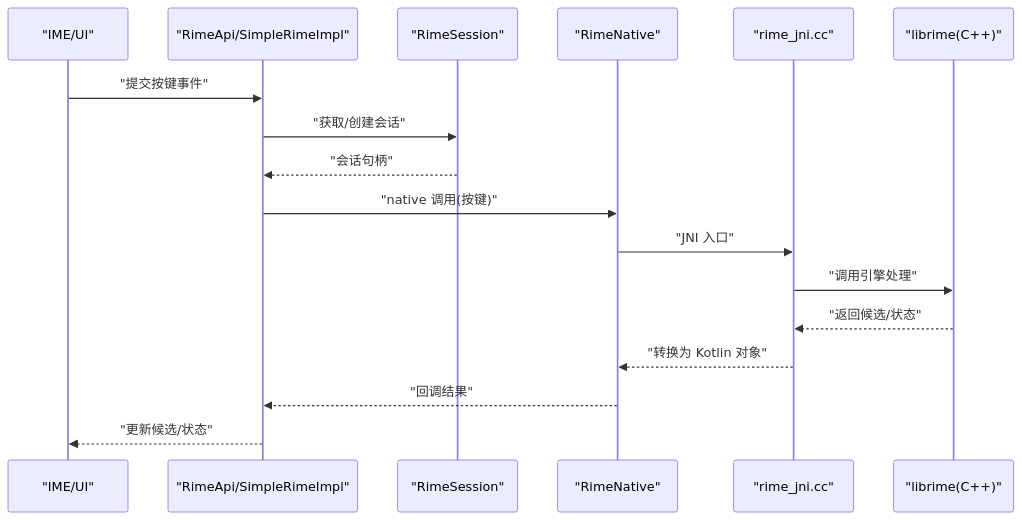
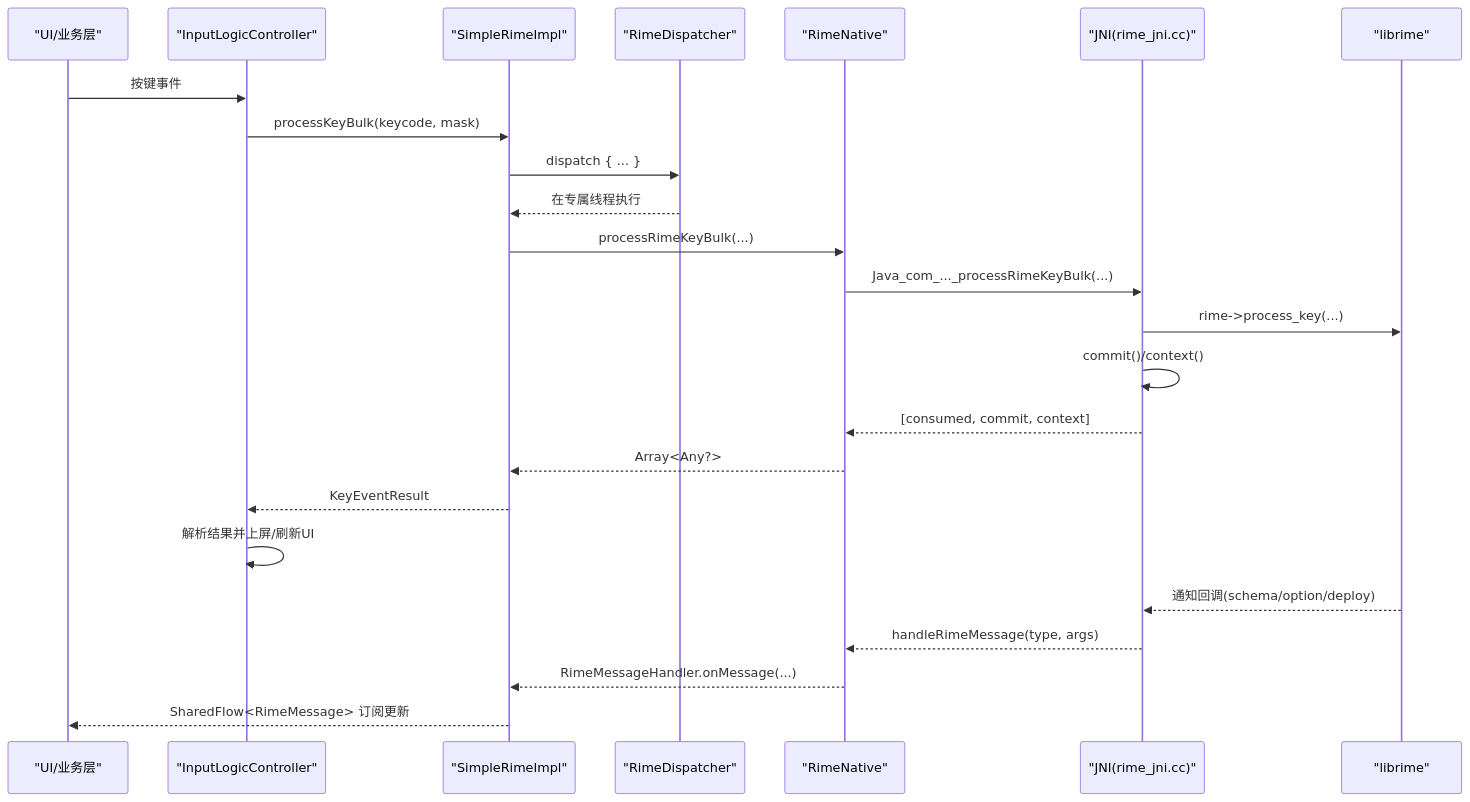
Before and after one commit to qiaodashaoye/ziyou-ime: the second of 8 diagrams in .qoder/repowiki/zh/content/Rime 引擎集成/Rime 引擎集成.md, drawn with Mermaid. The commit also changed other lines of this file and 407 other files, not shown here.

````diff
--- a/.qoder/repowiki/zh/content/Rime 引擎集成/Rime 引擎集成.md
+++ b/.qoder/repowiki/zh/content/Rime 引擎集成/Rime 引擎集成.md
@@ -139,19 +110,26 @@
 ```mermaid
 sequenceDiagram
-participant UI as "IME/UI"
-participant API as "RimeApi/SimpleRimeImpl"
-participant Sess as "RimeSession"
+participant UI as "UI/业务层"
+participant Ctrl as "InputLogicController"
+participant Api as "SimpleRimeImpl"
+participant Disp as "RimeDispatcher"
 participant Nat as "RimeNative"
-participant JN as "rime_jni.cc"
-participant Eng as "librime(C++)"
-UI->>API : "提交按键事件"
-API->>Sess : "获取/创建会话"
-Sess-->>API : "会话句柄"
-API->>Nat : "native 调用(按键)"
-Nat->>JN : "JNI 入口"
-JN->>Eng : "调用引擎处理"
-Eng-->>JN : "返回候选/状态"
-JN-->>Nat : "转换为 Kotlin 对象"
-Nat-->>API : "回调结果"
-API-->>UI : "更新候选/状态"
+participant JNI as "JNI(rime_jni.cc)"
+participant Lib as "librime"
+UI->>Ctrl : 按键事件
+Ctrl->>Api : processKeyBulk(keycode, mask)
+Api->>Disp : dispatch { ... }
+Disp-->>Api : 在专属线程执行
+Api->>Nat : processRimeKeyBulk(...)
+Nat->>JNI : Java_com_..._processRimeKeyBulk(...)
+JNI->>Lib : rime->process_key(...)
+JNI->>JNI : commit()/context()
+JNI-->>Nat : [consumed, commit, context]
+Nat-->>Api : Array<Any?>
+Api-->>Ctrl : KeyEventResult
+Ctrl->>Ctrl : 解析结果并上屏/刷新UI
+Lib-->>JNI : 通知回调(schema/option/deploy)
+JNI-->>Nat : handleRimeMessage(type, args)
+Nat-->>Api : RimeMessageHandler.onMessage(...)
+Api-->>UI : SharedFlow<RimeMessage> 订阅更新
 ```
````
